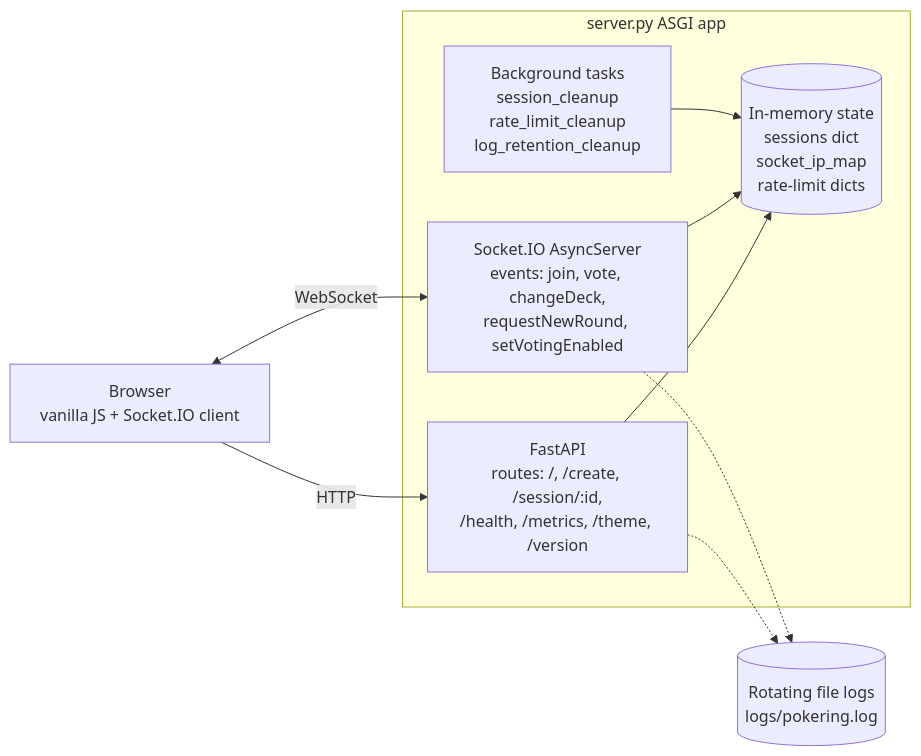
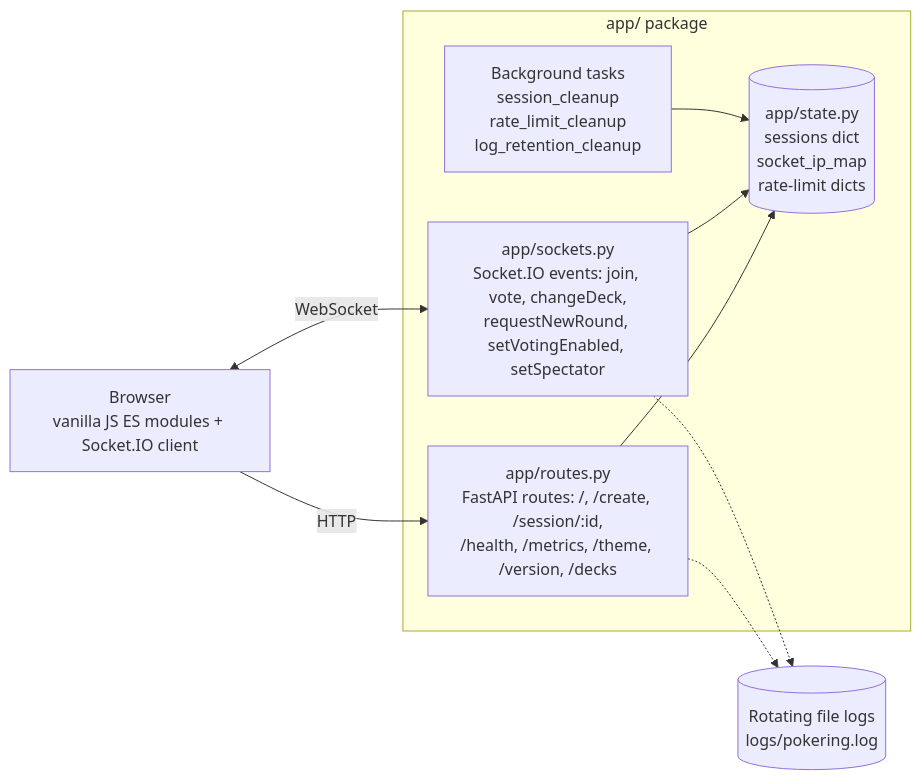
Before and after one commit to Str00pwafel/pokering-points-app: the diagram in README.md, drawn with Mermaid. The commit also changed other lines of this file and 22 other files, not shown here.

````diff
--- a/README.md
+++ b/README.md
@@ -18,17 +18,17 @@
 ```mermaid
 flowchart LR
-    Client[Browser<br/>vanilla JS + Socket.IO client] -- HTTP --> FastAPI
+    Client[Browser<br/>vanilla JS ES modules + Socket.IO client] -- HTTP --> FastAPI
     Client <-- WebSocket --> SocketIO
-    subgraph Server [server.py ASGI app]
-        FastAPI[FastAPI<br/>routes: /, /create, /session/:id,<br/>/health, /metrics, /theme, /version]
-        SocketIO[Socket.IO AsyncServer<br/>events: join, vote, changeDeck,<br/>requestNewRound, setVotingEnabled]
-        State[(In-memory state<br/>sessions dict<br/>socket_ip_map<br/>rate-limit dicts)]
+    subgraph Server [app/ package]
+        FastAPI[app/routes.py<br/>FastAPI routes: /, /create, /session/:id,<br/>/health, /metrics, /theme, /version, /decks]
+        SocketIO[app/sockets.py<br/>Socket.IO events: join, vote, changeDeck,<br/>requestNewRound, setVotingEnabled, setSpectator]
+        State[(app/state.py<br/>sessions dict<br/>socket_ip_map<br/>rate-limit dicts)]
         Tasks[Background tasks<br/>session_cleanup<br/>rate_limit_cleanup<br/>log_retention_cleanup]
         FastAPI --> State
         SocketIO --> State
         Tasks --> State
     end
     Logs[(Rotating file logs<br/>logs/pokering.log)]
     FastAPI -.-> Logs
     SocketIO -.-> Logs
 ```
````
